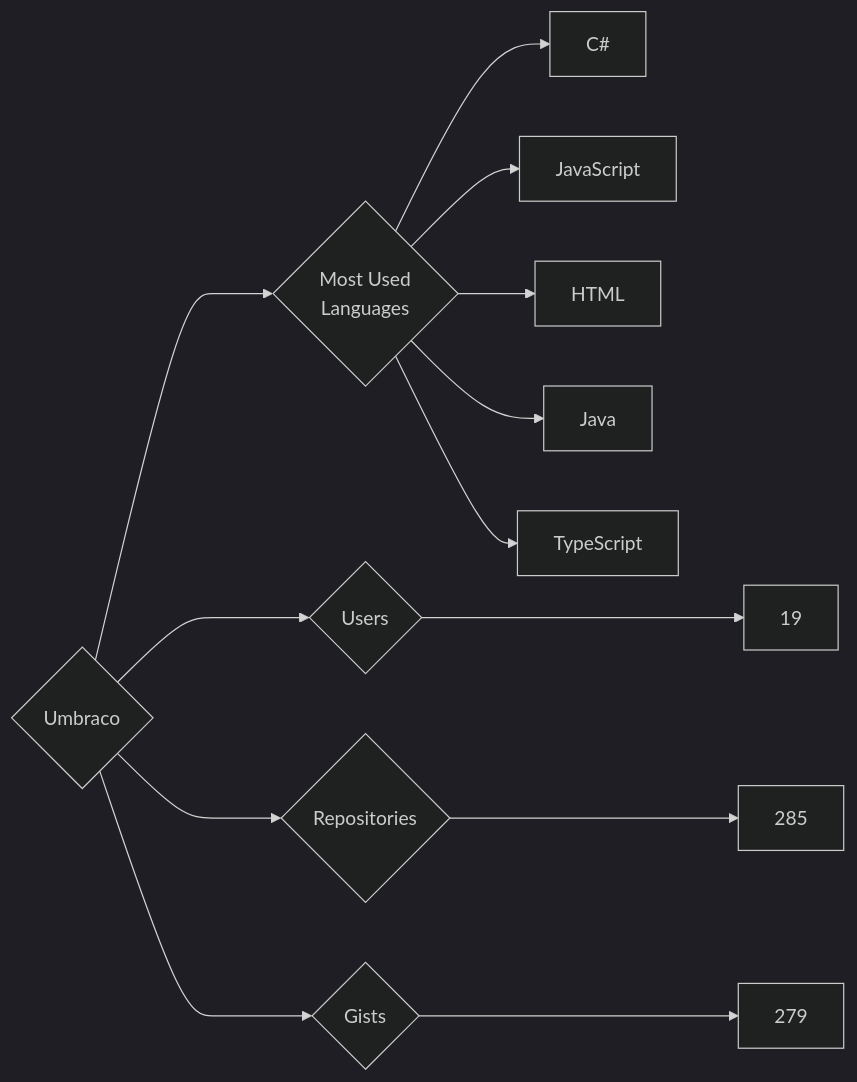
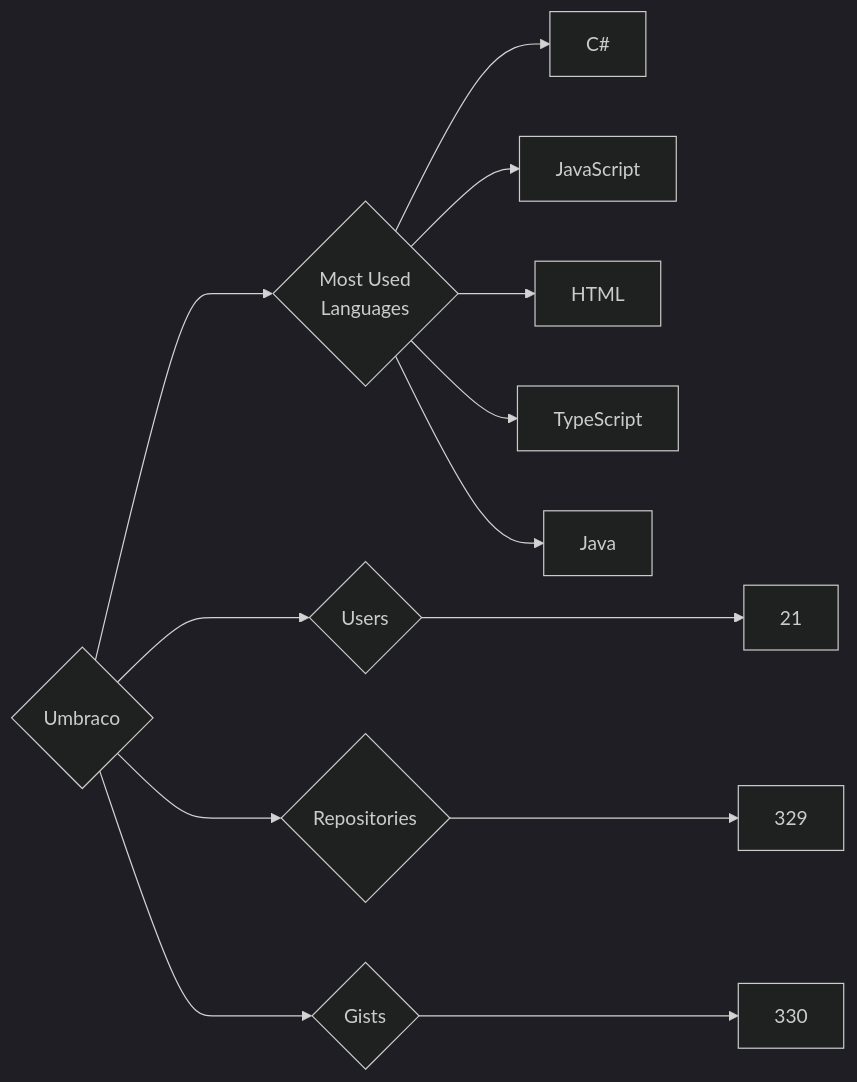
The diagram in targets/Umbraco/README.md (trickest/insiders), drawn with Mermaid (dark theme) before and after one commit. The commit also changed 1011 other files, not shown here.

````diff
--- a/targets/Umbraco/README.md
+++ b/targets/Umbraco/README.md
@@ -3,13 +3,13 @@
 ```mermaid
 graph LR
 COMPANY_NAME{Umbraco}
-COMPANY_NAME ---> U{Users} ---> UN[19]
-COMPANY_NAME ---> R{Repositories} ---> RN[285]
-COMPANY_NAME ---> G{Gists} ---> GN[279]
+COMPANY_NAME ---> U{Users} ---> UN[21]
+COMPANY_NAME ---> R{Repositories} ---> RN[329]
+COMPANY_NAME ---> G{Gists} ---> GN[330]
 COMPANY_NAME ---> ML{Most Used<br>Languages}
 ML --> C#[C#]
 ML --> JavaScript[JavaScript]
 ML --> HTML[HTML]
+ML --> TypeScript[TypeScript]
 ML --> Java[Java]
-ML --> TypeScript[TypeScript]
 ```
````
